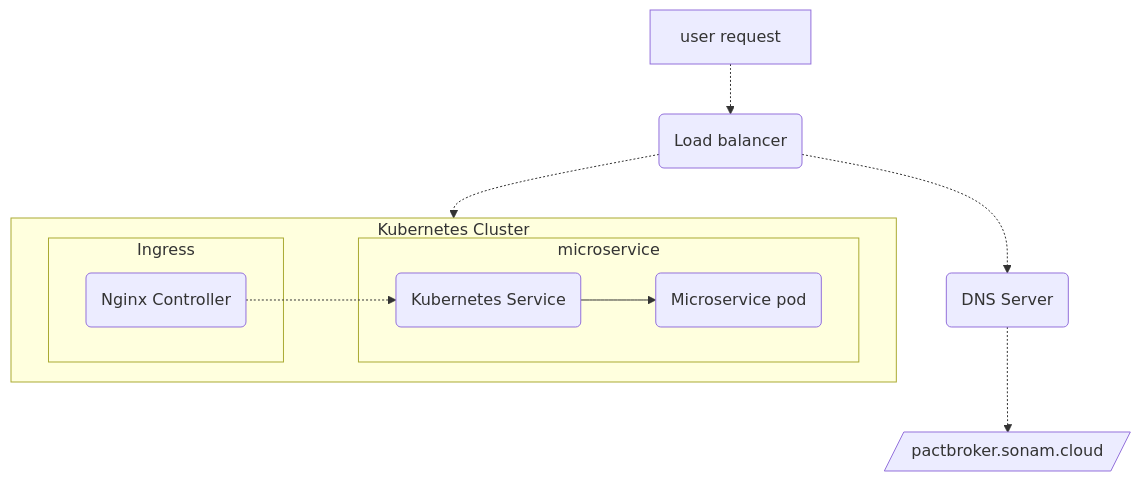
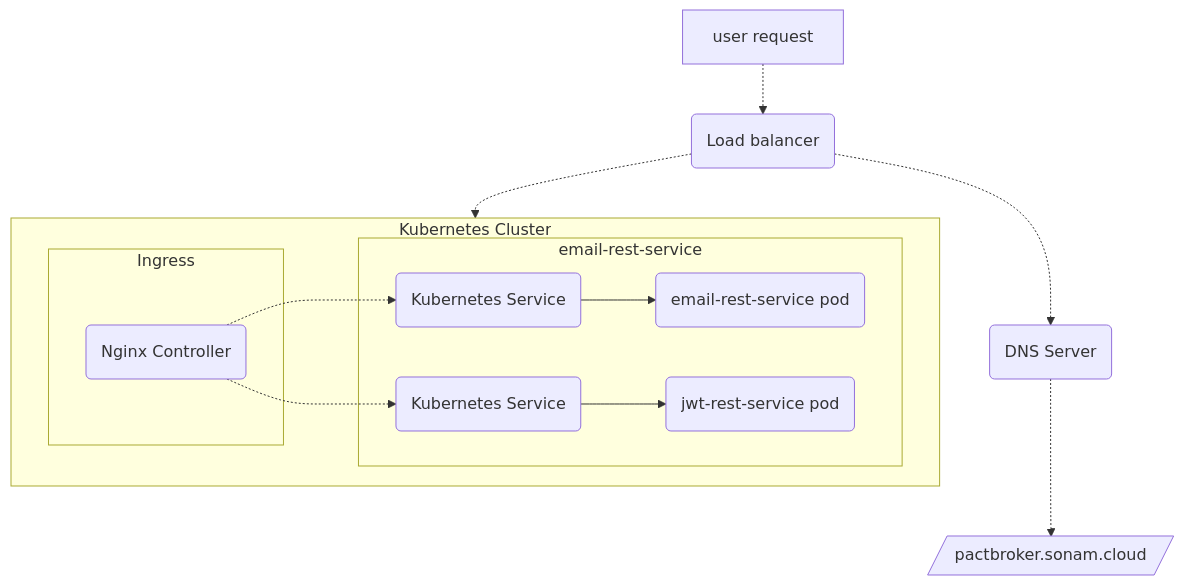
One commit to sonamsamdupkhangsar/sonamsamdupkhangsar.github.io changed the first of 4 diagrams in README.md. Above: the diagram before and after it, drawn with Mermaid.

Commit message:
add jwt-rest-service

````diff
--- a/README.md
+++ b/README.md
@@ -12,19 +12,23 @@
 ```mermaid
 flowchart TD
     A[user request] -.-> B(Load balancer)
     B -.-> C(DNS Server)
     C -.-> D[/pactbroker.sonam.cloud/]
     subgraph k8[Kubernetes Cluster]
     subgraph ingress[Ingress]
     F(Nginx Controller)
     end
-    subgraph app[microservice]
+    subgraph app[email-rest-service]
     G(Kubernetes Service)
-    G --> H(Microservice pod)
+    G --> H(email-rest-service pod)
+    end    
+    subgraph app[jwt-rest-service]
+    I(Kubernetes Service)
+    I --> J(jwt-rest-service pod)
     end    
     end
     F -.-> G
+    F -.-> I
     B -.-> k8
 
-
 ```
````
